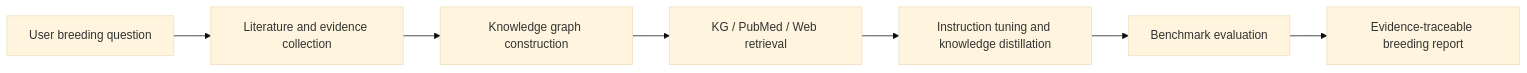
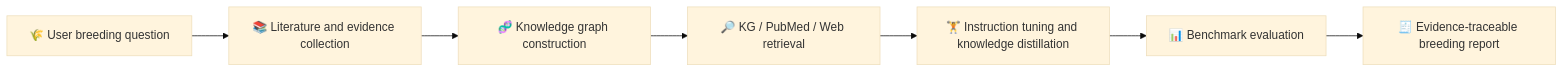
One commit to zhiweihu1103/DeepBreeding changed the first of 2 diagrams in README.md. Above: the diagram before and after it, drawn with Mermaid (base theme). The commit also changed other lines of this file, not shown here.

````diff
--- a/README.md
+++ b/README.md
@@ -27,9 +27,9 @@
 ```mermaid
 flowchart LR
-    Q[User breeding question] --> L[Literature and evidence collection]
-    L --> KG[Knowledge graph construction]
-    KG --> R[KG / PubMed / Web retrieval]
-    R --> T[Instruction tuning and knowledge distillation]
-    T --> E[Benchmark evaluation]
-    E --> O[Evidence-traceable breeding report]
+    Q[🌾 User breeding question] --> L[📚 Literature and evidence collection]
+    L --> KG[🧬 Knowledge graph construction]
+    KG --> R[🔎 KG / PubMed / Web retrieval]
+    R --> T[🏋️ Instruction tuning and knowledge distillation]
+    T --> E[📊 Benchmark evaluation]
+    E --> O[🧾 Evidence-traceable breeding report]
 ```
````
